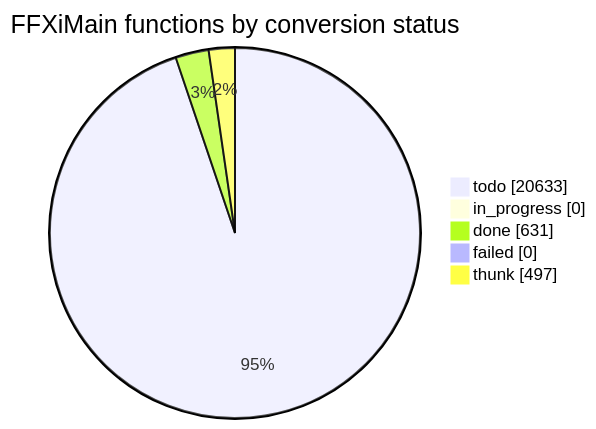
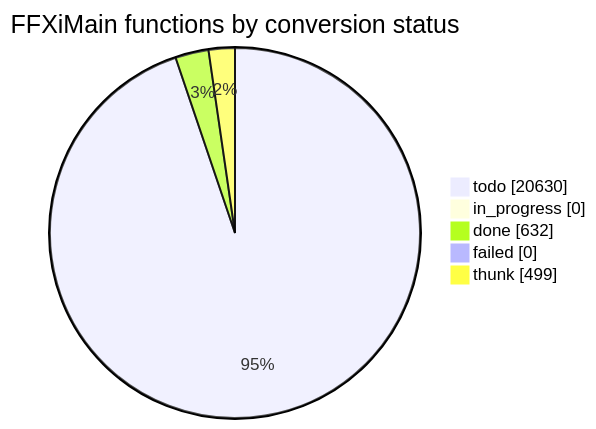
The diagram in docs/cow/STATUS.md (cowrevenge/cow_kuluu_xi_anything), drawn with Mermaid before and after one commit. The commit also changed other lines of this file and 9 other files, not shown here.

````diff
--- a/docs/cow/STATUS.md
+++ b/docs/cow/STATUS.md
@@ -18,9 +18,9 @@
 ```mermaid
 pie showData
     title FFXiMain functions by conversion status
-    "todo" : 20633
+    "todo" : 20630
     "in_progress" : 0
-    "done" : 631
+    "done" : 632
     "failed" : 0
-    "thunk" : 497
+    "thunk" : 499
 ```
````
